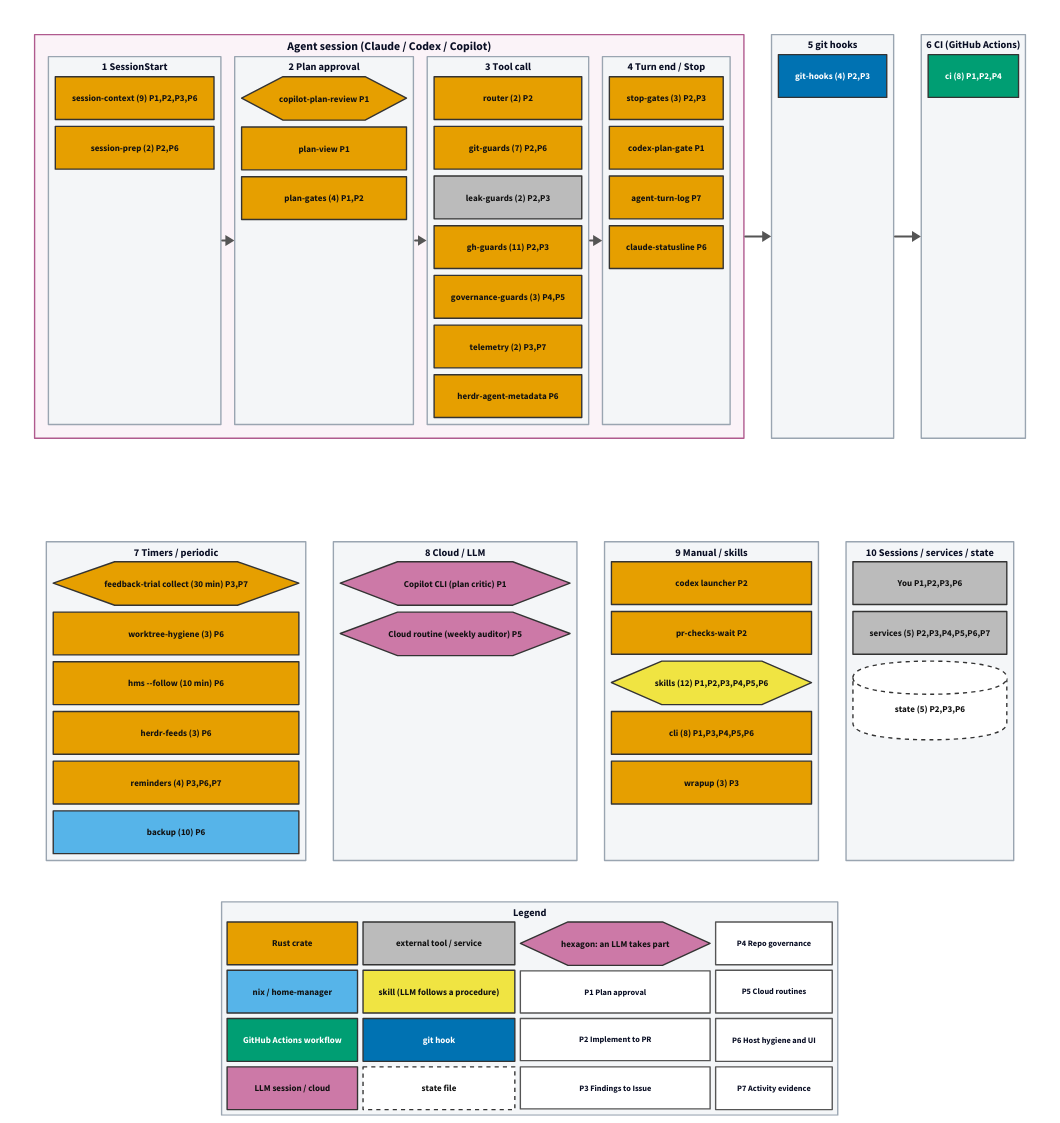
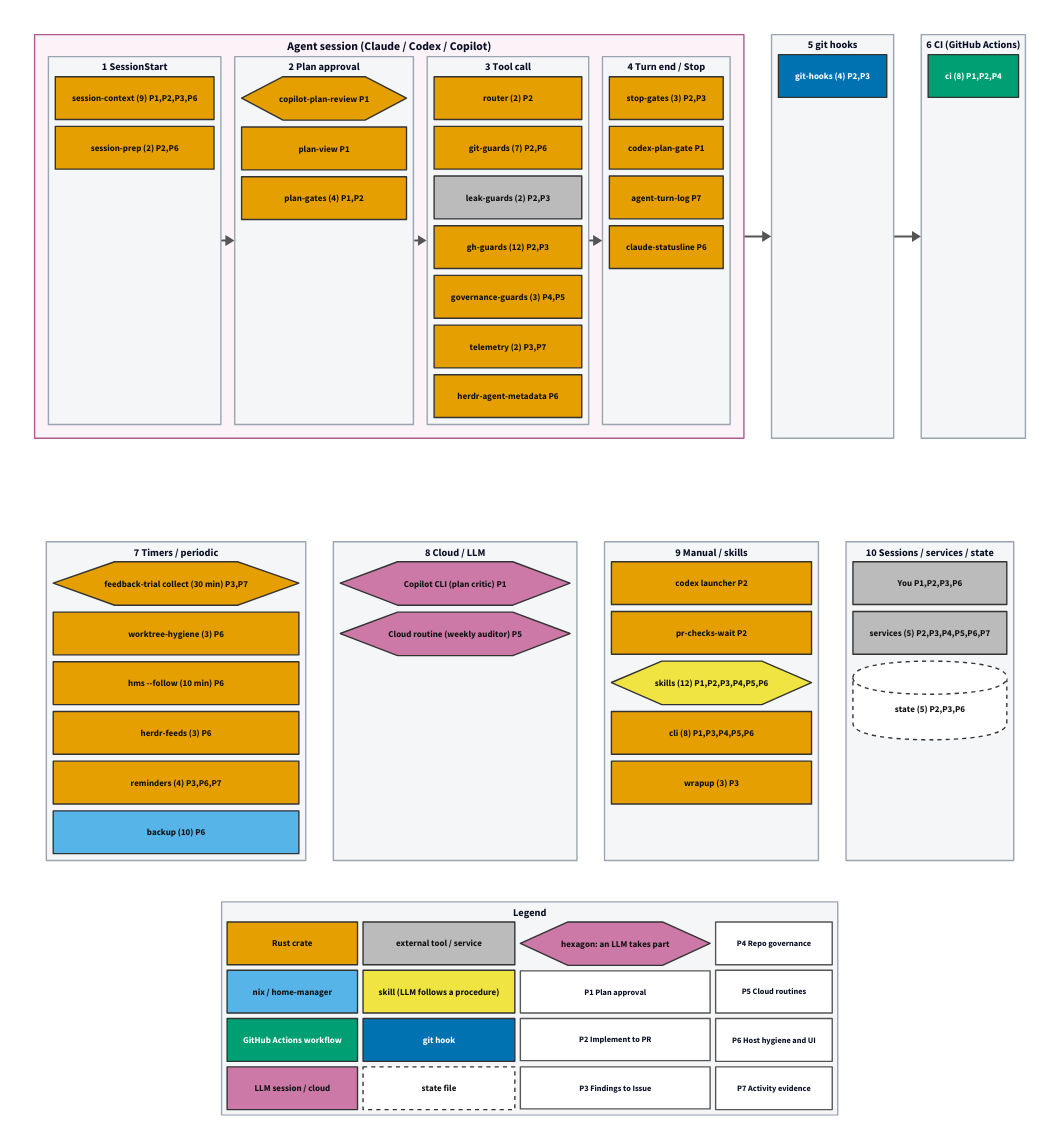
The diagram in docs/assets/pipeline-map/overview.d2 (tarotene/dotfiles), drawn with D2 before and after one commit. The commit also changed 12 other files, not shown here.

```diff
--- a/docs/assets/pipeline-map/overview.d2
+++ b/docs/assets/pipeline-map/overview.d2
@@ -213,7 +213,7 @@
       g_leak_guards: "leak-guards (2)  P2,P3" {
         class: s_external
       }
-      g_gh_guards: "gh-guards (11)  P2,P3" {
+      g_gh_guards: "gh-guards (12)  P2,P3" {
         class: s_rust
       }
       g_governance_guards: "governance-guards (3)  P4,P5" {
```
